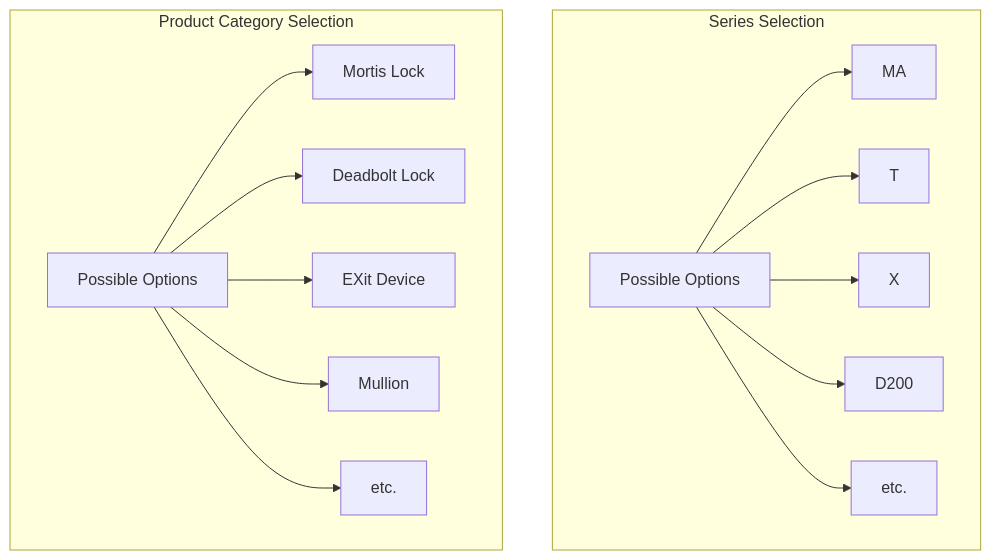
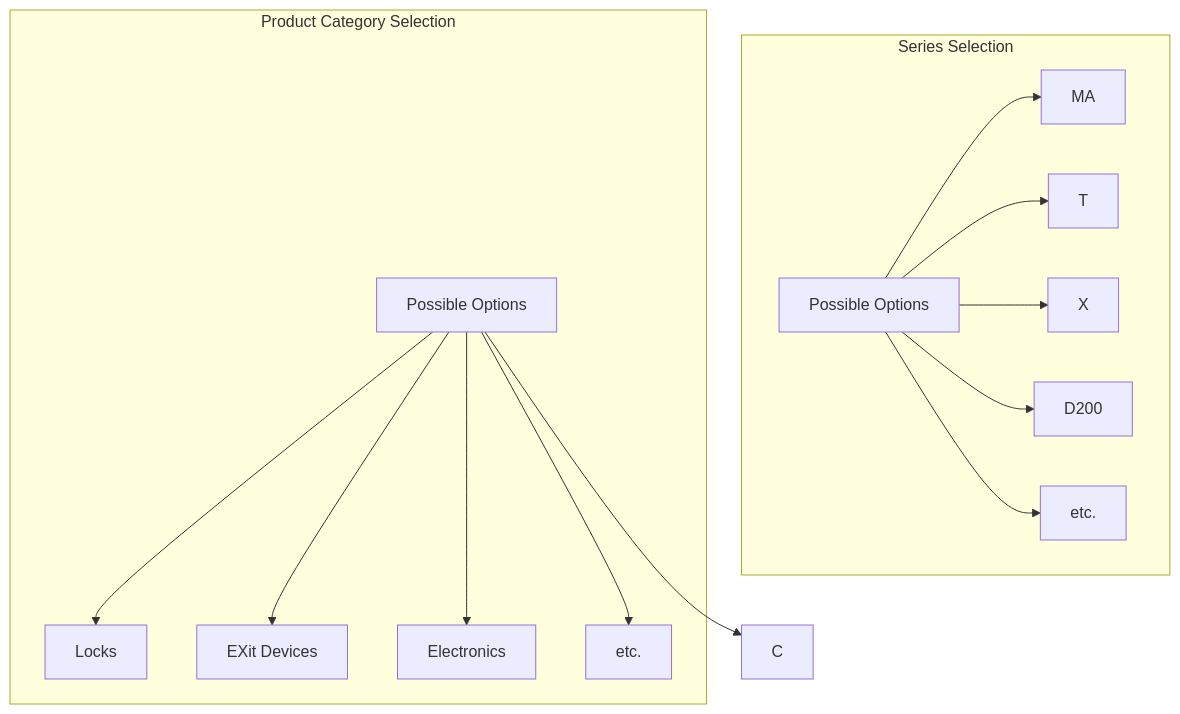
One commit to alokdas81/diamond-pricebook-diagram changed the fifth of 13 diagrams in README.md. Above: the diagram before and after it, drawn with Mermaid. The commit also changed other lines of this file, not shown here.

````diff
--- a/README.md
+++ b/README.md
@@ -347,35 +348,34 @@
 ```mermaid
 flowchart TD
 
 
 subgraph Series Selection
 G[Possible Options]
 MA
 T
 X
 D200
 J[etc.]
 end
 
 subgraph Product Category Selection
 A[Possible Options]
-B[Mortis Lock]
-C[Deadbolt Lock]
-D[EXit Device]
-E[Mullion]
+B[Locks]
+D[EXit Devices]
+E[Electronics]
 F[etc.]
 end
 
 A --> B
 A --> C
 A --> D
 A --> E
 A --> F
 
 G --> MA
 G --> T
 G --> X
 G --> D200
 G --> J
 
 ```
````
